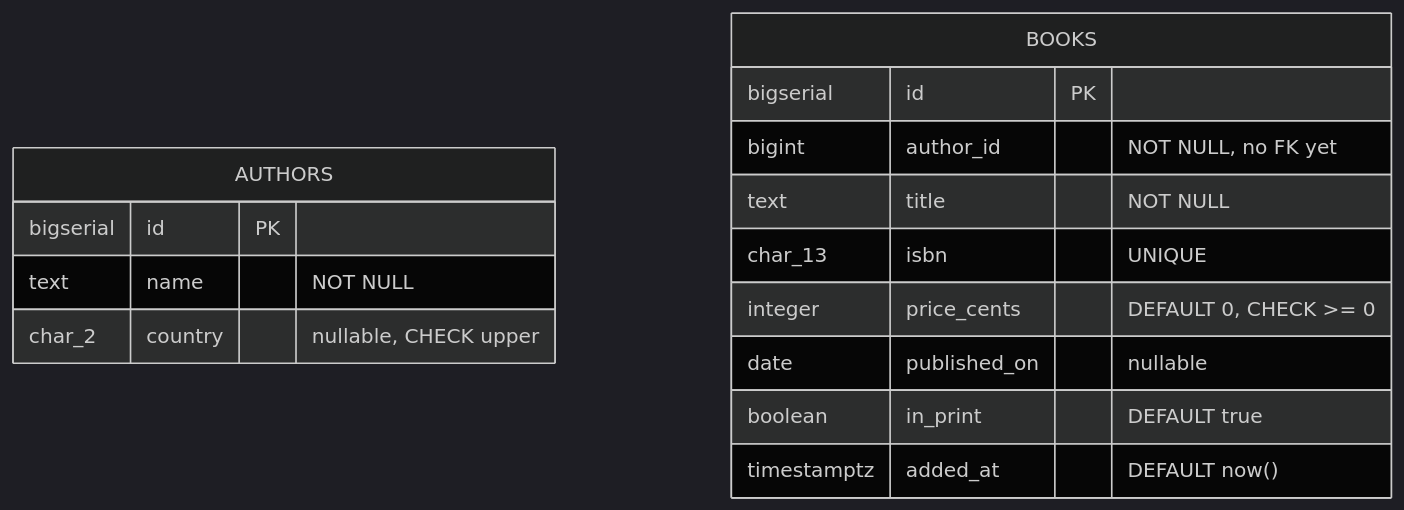
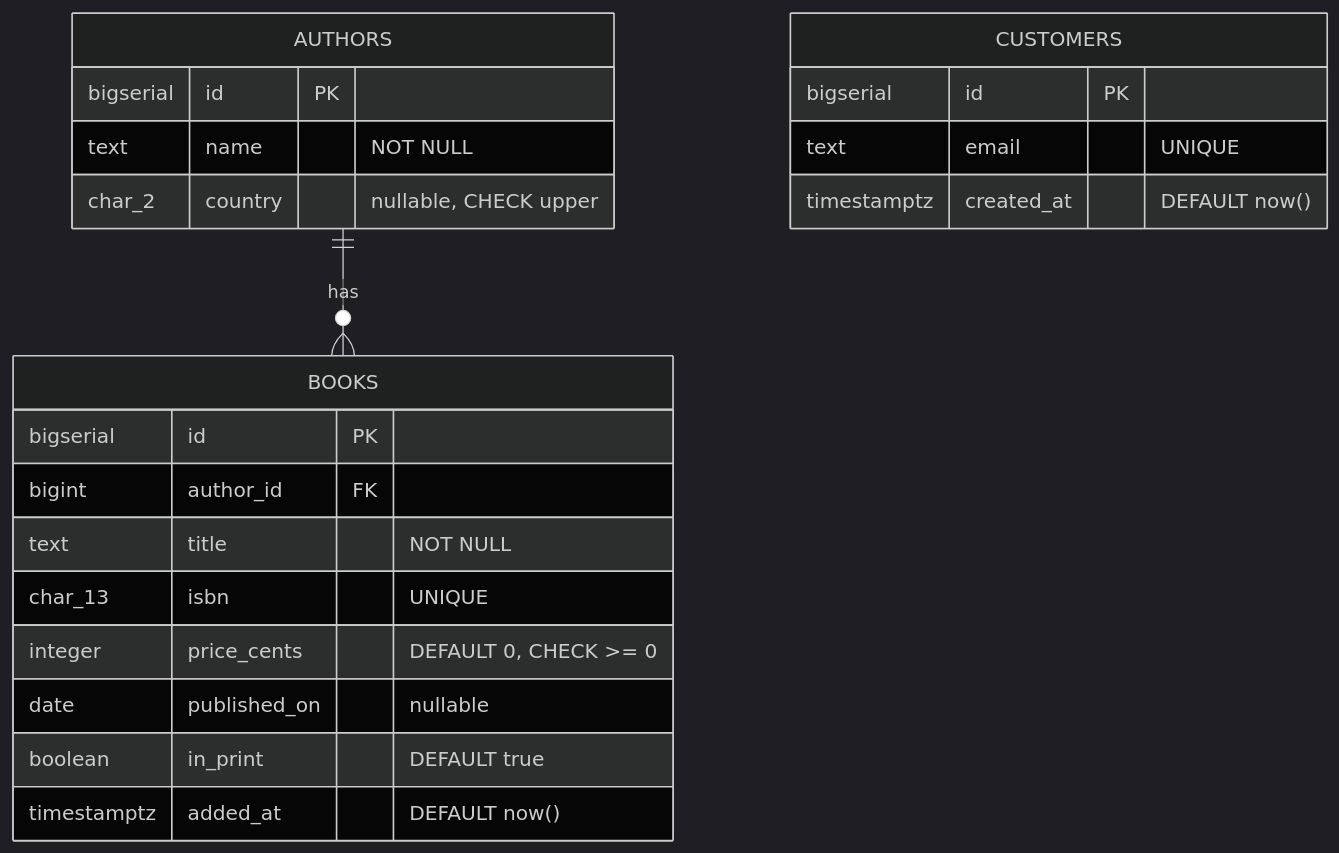
The diagram in docs/walkthroughs/01-set-up-a-table.md (zemarsil/DatabaseVisualizer), drawn with Mermaid (dark theme) before and after one commit. The commit also changed other lines of this file and 43 other files, not shown here.

````diff
--- a/docs/walkthroughs/01-set-up-a-table.md
+++ b/docs/walkthroughs/01-set-up-a-table.md
@@ -46,18 +52,24 @@
 ```mermaid
 erDiagram
+    AUTHORS ||--o{ BOOKS : has
     AUTHORS {
         bigserial id PK
         text name "NOT NULL"
         char_2 country "nullable, CHECK upper"
     }
     BOOKS {
         bigserial id PK
-        bigint author_id "NOT NULL, no FK yet"
+        bigint author_id FK
         text title "NOT NULL"
         char_13 isbn "UNIQUE"
         integer price_cents "DEFAULT 0, CHECK >= 0"
         date published_on "nullable"
         boolean in_print "DEFAULT true"
         timestamptz added_at "DEFAULT now()"
     }
+    CUSTOMERS {
+        bigserial id PK
+        text email "UNIQUE"
+        timestamptz created_at "DEFAULT now()"
+    }
 ```
````
